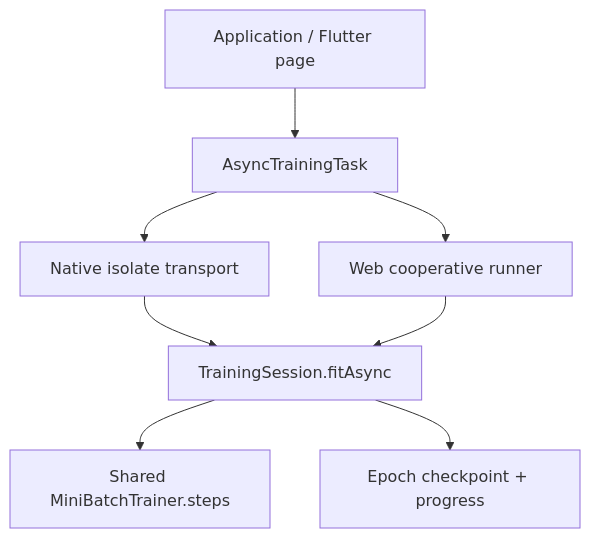
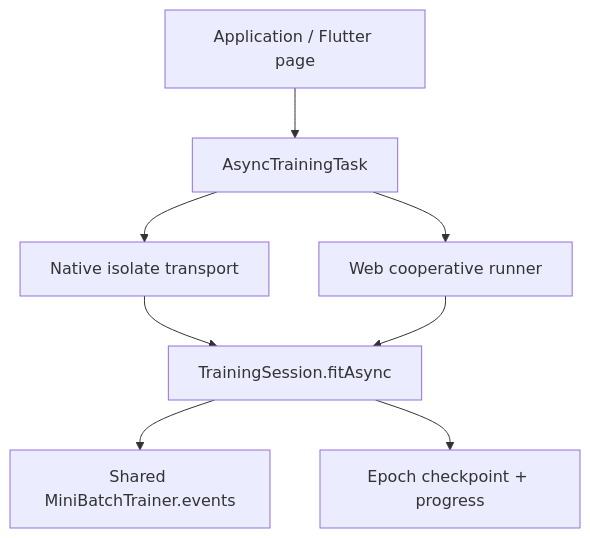
The diagram in doc/async_training.md (kleberandrade/neural-engine), drawn with Mermaid before and after one commit. The commit also changed other lines of this file and 24 other files, not shown here.

````diff
--- a/doc/async_training.md
+++ b/doc/async_training.md
@@ -142,10 +189,10 @@
 ```mermaid
 flowchart TD
   UI["Application / Flutter page"] --> Task["AsyncTrainingTask"]
   Task --> Native["Native isolate transport"]
   Task --> Web["Web cooperative runner"]
   Native --> Session["TrainingSession.fitAsync"]
   Web --> Session
-  Session --> Batches["Shared MiniBatchTrainer.steps"]
+  Session --> Batches["Shared MiniBatchTrainer.events"]
   Session --> Snapshot["Epoch checkpoint + progress"]
 ```
````
